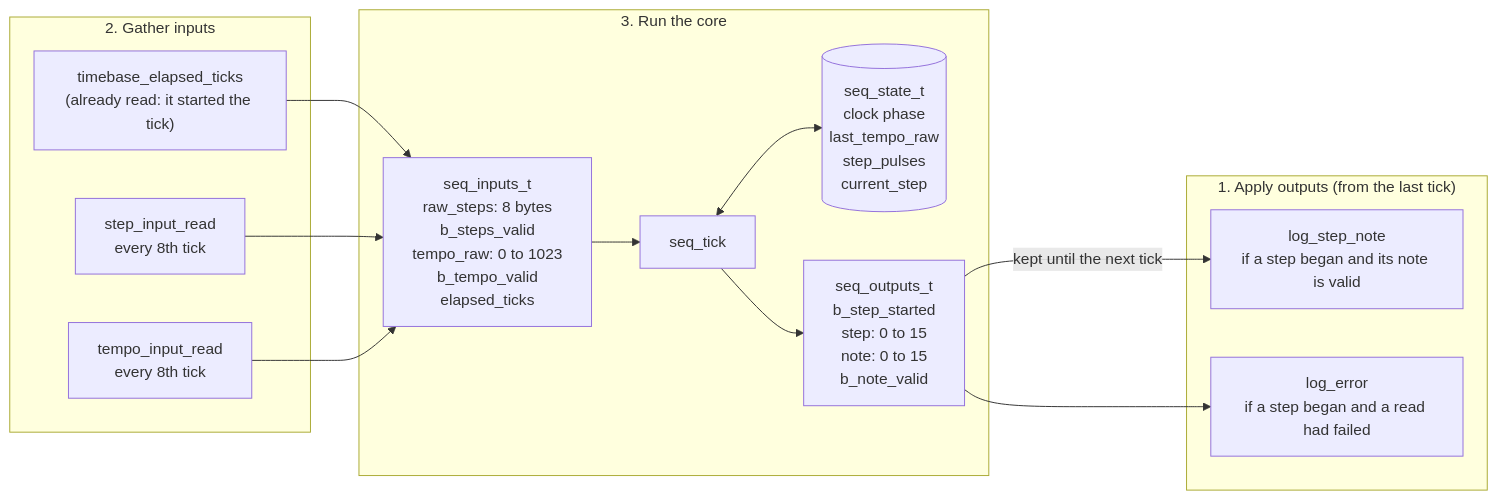
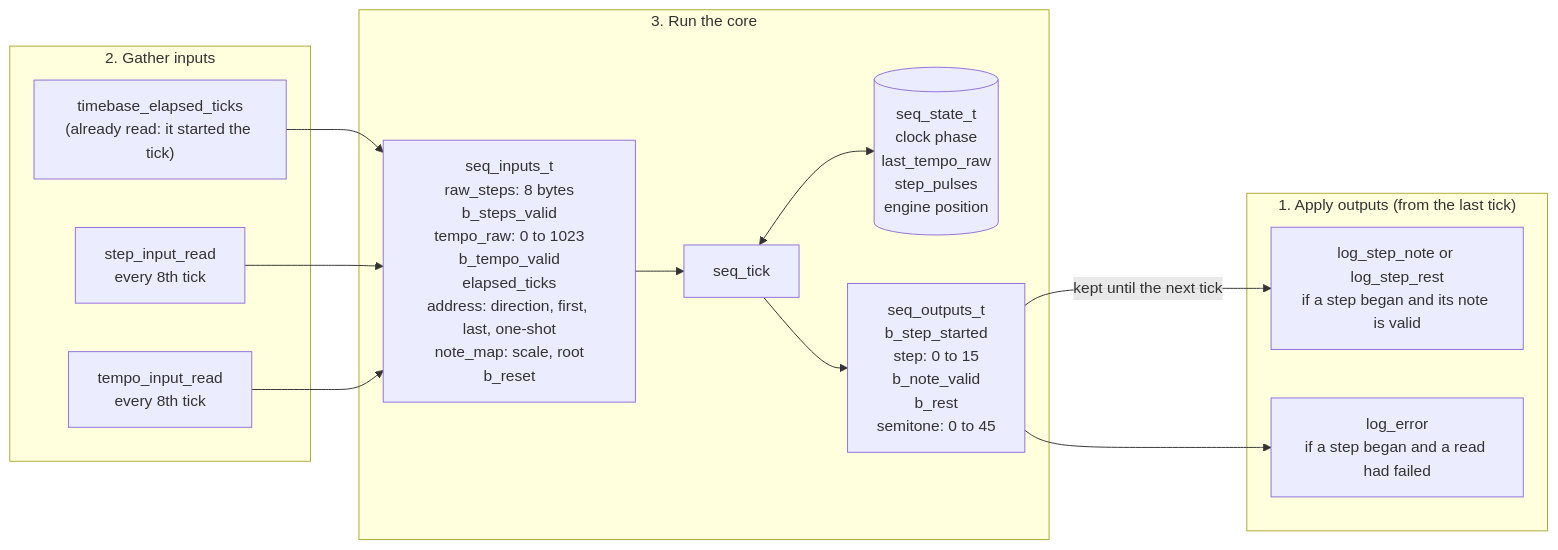
Before and after one commit to BonelessPig/nano_sequencer: the fifth of 19 diagrams in docs/ARCHITECTURE.md, drawn with Mermaid. The commit also changed other lines of this file and 33 other files, not shown here.

````diff
--- a/docs/ARCHITECTURE.md
+++ b/docs/ARCHITECTURE.md
@@ -170,26 +172,26 @@
 ```mermaid
 flowchart LR
     subgraph apply["1. Apply outputs (from the last tick)"]
-        logn["log_step_note<br/>if a step began and its note is valid"]
+        logn["log_step_note or log_step_rest<br/>if a step began and its note is valid"]
         loge["log_error<br/>if a step began and a read had failed"]
     end
     subgraph gather["2. Gather inputs"]
         tb["timebase_elapsed_ticks<br/>(already read: it started the tick)"]
         sr["step_input_read<br/>every 8th tick"]
         tr["tempo_input_read<br/>every 8th tick"]
     end
     subgraph run["3. Run the core"]
-        in["seq_inputs_t<br/>raw_steps: 8 bytes<br/>b_steps_valid<br/>tempo_raw: 0 to 1023<br/>b_tempo_valid<br/>elapsed_ticks"]
+        in["seq_inputs_t<br/>raw_steps: 8 bytes<br/>b_steps_valid<br/>tempo_raw: 0 to 1023<br/>b_tempo_valid<br/>elapsed_ticks<br/>address: direction, first, last, one-shot<br/>note_map: scale, root<br/>b_reset"]
         tick["seq_tick"]
-        state[("seq_state_t<br/>clock phase<br/>last_tempo_raw<br/>step_pulses<br/>current_step")]
-        out["seq_outputs_t<br/>b_step_started<br/>step: 0 to 15<br/>note: 0 to 15<br/>b_note_valid"]
+        state[("seq_state_t<br/>clock phase<br/>last_tempo_raw<br/>step_pulses<br/>engine position")]
+        out["seq_outputs_t<br/>b_step_started<br/>step: 0 to 15<br/>b_note_valid<br/>b_rest<br/>semitone: 0 to 45"]
     end
     tb --> in
     sr --> in
     tr --> in
     in --> tick
     tick <--> state
     tick --> out
     out -->|"kept until the next tick"| logn
     out --> loge
 ```
````
